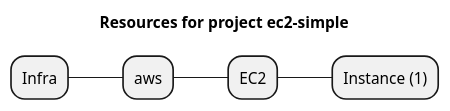
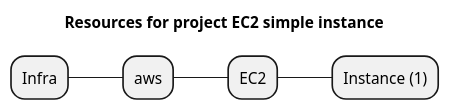
Before and after one commit to grucloud/grucloud: the diagram in examples/aws/ec2/ec2-simple/artifacts/resources-mindmap.puml, drawn with PlantUML. The commit also changed 93 other files, not shown here.

```diff
--- a/examples/aws/ec2/ec2-simple/artifacts/resources-mindmap.puml
+++ b/examples/aws/ec2/ec2-simple/artifacts/resources-mindmap.puml
@@ -1,8 +1,8 @@
 @startmindmap
-title Resources for project ec2-simple
+title Resources for project EC2 simple instance
 skinparam monochrome true
 + Infra
 ++ aws
 +++ EC2
 ++++ Instance (1)
 @endmindmap
```
